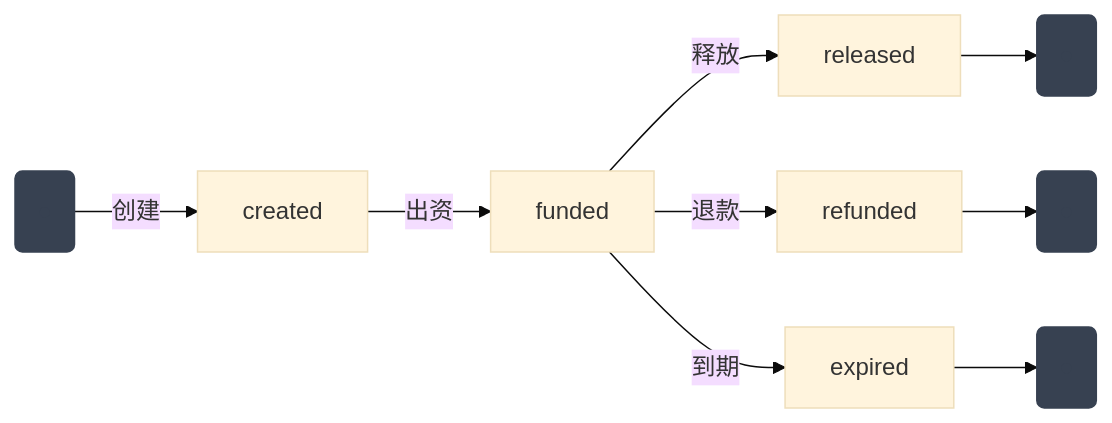
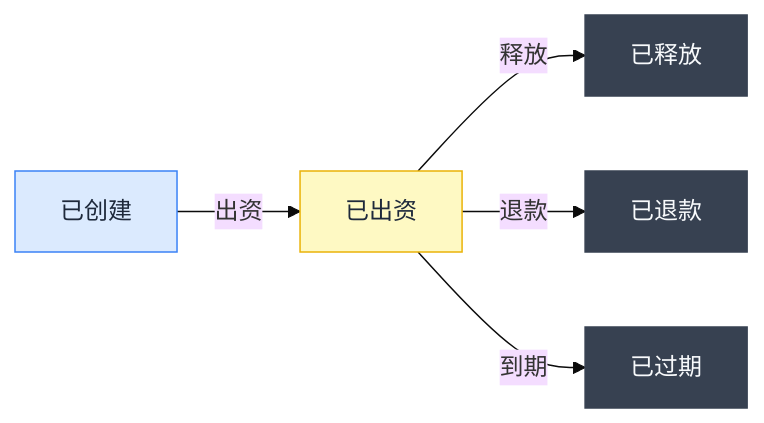
Before and after one commit to claw-network/clawnet: the third of 3 diagrams in packages/docs/content/docs/getting-started/core-concepts/wallet.zh.md, drawn with Mermaid (base theme). The commit also changed 1 other file, not shown here.

Commit message:
fix(docs): remove unstable dot nodes, use color-coded states in escrow diagram

````diff
--- a/packages/docs/content/docs/getting-started/core-concepts/wallet.zh.md
+++ b/packages/docs/content/docs/getting-started/core-concepts/wallet.zh.md
@@ -102,15 +102,12 @@
 ```mermaid
 flowchart LR
-    S(●) -->|创建| created
-    created -->|出资| funded
-    funded -->|释放| released
-    funded -->|退款| refunded
-    funded -->|到期| expired
-    released --> E1(●)
-    refunded --> E2(●)
-    expired --> E3(●)
-    style S fill:#374151,stroke:#374151,color:#374151
-    style E1 fill:#374151,stroke:#374151,color:#374151
-    style E2 fill:#374151,stroke:#374151,color:#374151
-    style E3 fill:#374151,stroke:#374151,color:#374151
+    created[已创建] -->|出资| funded[已出资]
+    funded -->|释放| released[已释放]
+    funded -->|退款| refunded[已退款]
+    funded -->|到期| expired[已过期]
+    style created fill:#dbeafe,stroke:#3b82f6,color:#1e293b
+    style funded fill:#fef9c3,stroke:#eab308,color:#1e293b
+    style released fill:#374151,stroke:#374151,color:#f8fafc
+    style refunded fill:#374151,stroke:#374151,color:#f8fafc
+    style expired fill:#374151,stroke:#374151,color:#f8fafc
 ```
````
